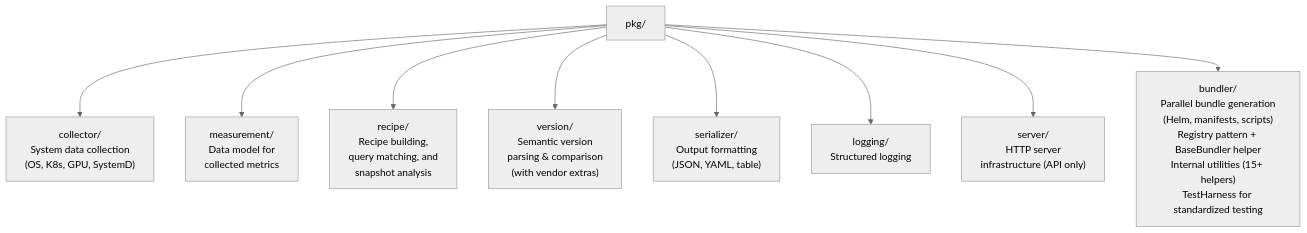
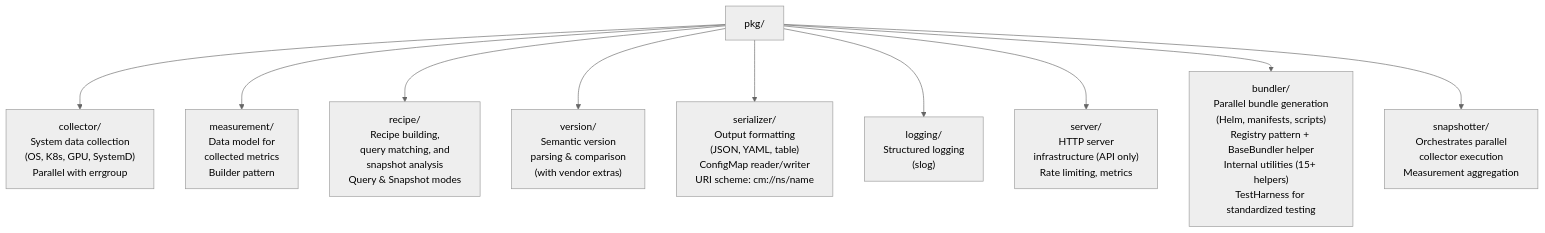
The fifth of 13 diagrams in docs/architecture/README.md (mchmarny/cloud-native-stack), drawn with Mermaid (neutral theme) before and after one commit. The commit also changed other lines of this file and 10 other files, not shown here.

````diff
--- a/docs/architecture/README.md
+++ b/docs/architecture/README.md
@@ -201,20 +215,22 @@
 ```mermaid
 flowchart TD
     PKG["pkg/"] --> COLL
     PKG --> MEAS
     PKG --> REC
     PKG --> VER
     PKG --> SER
     PKG --> LOG
     PKG --> SVR
     PKG --> BUN
+    PKG --> SNAP
     
-    COLL["collector/<br/>System data collection<br/>(OS, K8s, GPU, SystemD)"]
-    MEAS["measurement/<br/>Data model for<br/>collected metrics"]
-    REC["recipe/<br/>Recipe building,<br/>query matching, and<br/>snapshot analysis"]
+    COLL["collector/<br/>System data collection<br/>(OS, K8s, GPU, SystemD)<br/>Parallel with errgroup"]
+    MEAS["measurement/<br/>Data model for<br/>collected metrics<br/>Builder pattern"]
+    REC["recipe/<br/>Recipe building,<br/>query matching, and<br/>snapshot analysis<br/>Query & Snapshot modes"]
     VER["version/<br/>Semantic version<br/>parsing & comparison<br/>(with vendor extras)"]
-    SER["serializer/<br/>Output formatting<br/>(JSON, YAML, table)"]
-    LOG["logging/<br/>Structured logging"]
-    SVR["server/<br/>HTTP server<br/>infrastructure (API only)"]
+    SER["serializer/<br/>Output formatting<br/>(JSON, YAML, table)<br/>ConfigMap reader/writer<br/>URI scheme: cm://ns/name"]
+    LOG["logging/<br/>Structured logging<br/>(slog)"]
+    SVR["server/<br/>HTTP server<br/>infrastructure (API only)<br/>Rate limiting, metrics"]
     BUN["bundler/<br/>Parallel bundle generation<br/>(Helm, manifests, scripts)<br/>Registry pattern + BaseBundler helper<br/>Internal utilities (15+ helpers)<br/>TestHarness for standardized testing"]
+    SNAP["snapshotter/<br/>Orchestrates parallel<br/>collector execution<br/>Measurement aggregation"]
 ```
````
